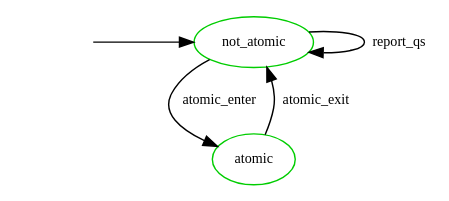
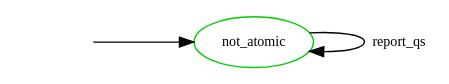
One commit to joelagnel/RCU_Supremica changed the diagram in Dot_Models/not_atomic_qs.dot. Above: the diagram before and after it, drawn with Graphviz. The commit also changed 1 other file, not shown here.

```diff
--- a/Dot_Models/not_atomic_qs.dot
+++ b/Dot_Models/not_atomic_qs.dot
@@ -1,24 +1,20 @@
 digraph state_automaton {
 	center = true;
 	// size = "700,800";
 	nodesep = 0.5;
 	{node [shape = plaintext, style=invis, label=""] "__init_not_atomic"};
 	node [shape = ellipse, fontsize=10, color = green3];
 	edge [fontsize=10];
 
 	"__init_not_atomic" -> "not_atomic";
 
 	/* Handling for pirq dis, read-lock, read-unlock, pirq en */
-	"atomic" [label = "atomic"];
 	"not_atomic" [label = "not_atomic"]; 
-
-	"not_atomic" -> "atomic" [ label = "atomic_enter" ];
-	"atomic" -> "not_atomic" [ label = "atomic_exit" ];
 
 	"not_atomic" -> "not_atomic" [ label = "report_qs" ];
 
 	{ rank = min ;
 		"__init_not_atomic";
 		"not_atomic";
 	}
 }
```
